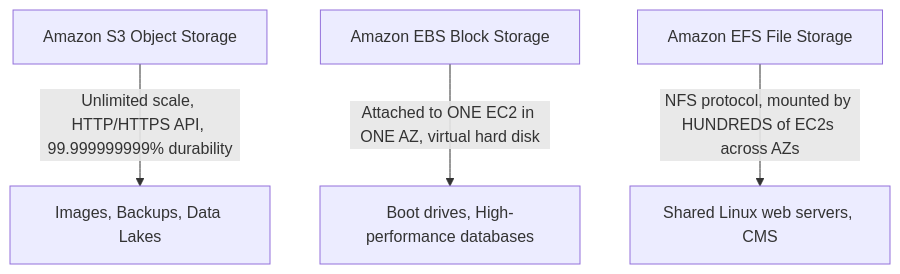
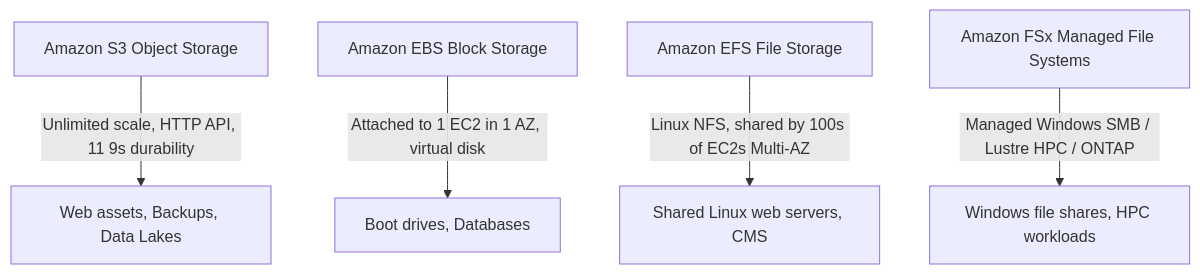
One commit to fakhruldeen/AWS changed the diagram in Cloud/Practitioner/CLF-C02/09_Notes_and_Cheatsheets/Rapid_Review_Cheatsheet.md. Above: the diagram before and after it, drawn with Mermaid. The commit also changed other lines of this file, not shown here.

````diff
--- a/Cloud/Practitioner/CLF-C02/09_Notes_and_Cheatsheets/Rapid_Review_Cheatsheet.md
+++ b/Cloud/Practitioner/CLF-C02/09_Notes_and_Cheatsheets/Rapid_Review_Cheatsheet.md
@@ -74,10 +189,12 @@
 ```mermaid
 graph TD
     S3[Amazon S3 Object Storage]
     EBS[Amazon EBS Block Storage]
     EFS[Amazon EFS File Storage]
+    FSx[Amazon FSx Managed File Systems]
     
-    S3 -->|Unlimited scale, HTTP/HTTPS API, 99.999999999% durability| Web["Images, Backups, Data Lakes"]
-    EBS -->|Attached to ONE EC2 in ONE AZ, virtual hard disk| OS["Boot drives, High-performance databases"]
-    EFS -->|NFS protocol, mounted by HUNDREDS of EC2s across AZs| Shared["Shared Linux web servers, CMS"]
+    S3 -->|Unlimited scale, HTTP API, 11 9s durability| Web["Web assets, Backups, Data Lakes"]
+    EBS -->|Attached to 1 EC2 in 1 AZ, virtual disk| OS["Boot drives, Databases"]
+    EFS -->|Linux NFS, shared by 100s of EC2s Multi-AZ| Shared["Shared Linux web servers, CMS"]
+    FSx -->|Managed Windows SMB / Lustre HPC / ONTAP| Win["Windows file shares, HPC workloads"]
 ```
````
